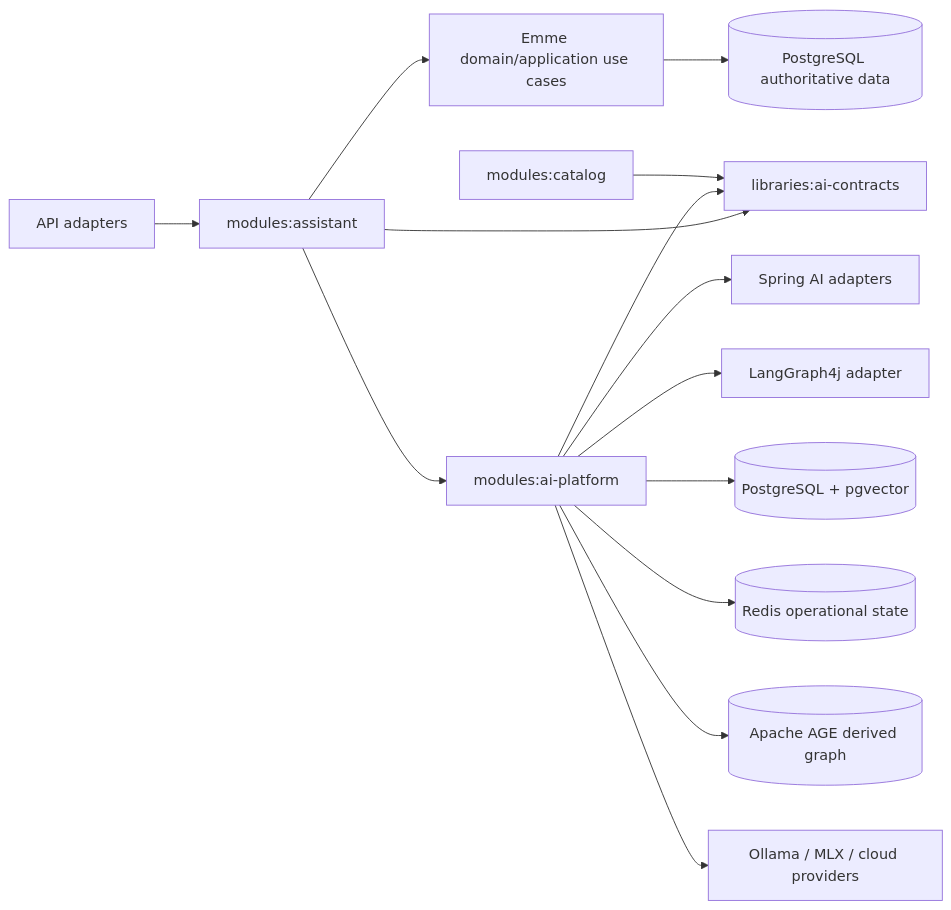
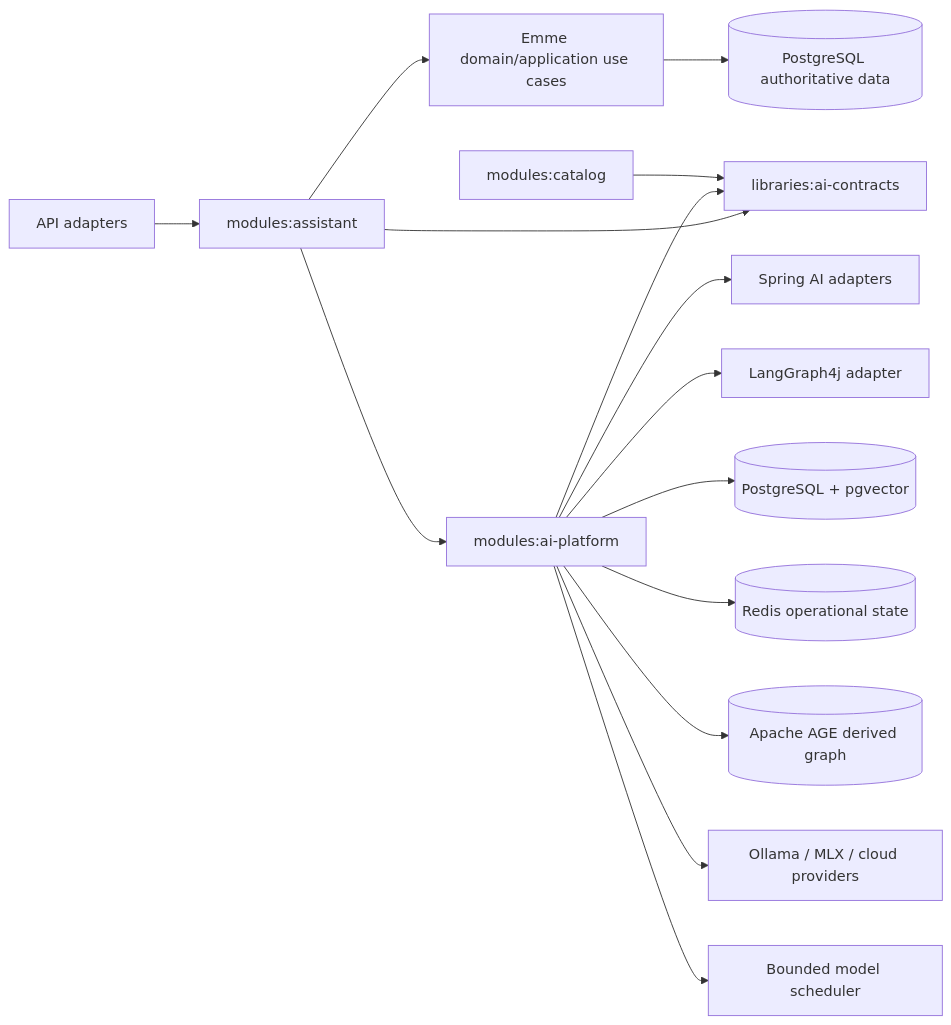
Before and after one commit to migangdelzar/emme-service: the first of 3 diagrams in docs/superpowers/plans/2026-08-28-ai-platform-implementation-plan.md, drawn with Mermaid. The commit also changed other lines of this file and 2 other files, not shown here.

Commit message:
docs(ai): add local model backpressure and regression design

````diff
--- a/docs/superpowers/plans/2026-08-28-ai-platform-implementation-plan.md
+++ b/docs/superpowers/plans/2026-08-28-ai-platform-implementation-plan.md
@@ -31,16 +33,17 @@
 ```mermaid
 flowchart LR
     web[API adapters] --> assistant[modules:assistant]
     assistant --> domain[Emme domain/application use cases]
     assistant --> platform[modules:ai-platform]
     catalog[modules:catalog] --> contracts[libraries:ai-contracts]
     platform --> contracts
     platform --> springai[Spring AI adapters]
     platform --> langgraph[LangGraph4j adapter]
     platform --> pg[(PostgreSQL + pgvector)]
     platform --> redis[(Redis operational state)]
     platform --> age[(Apache AGE derived graph)]
     platform --> providers[Ollama / MLX / cloud providers]
+    platform --> scheduler[Bounded model scheduler]
     assistant --> contracts
     domain --> postgres[(PostgreSQL authoritative data)]
 ```
````
